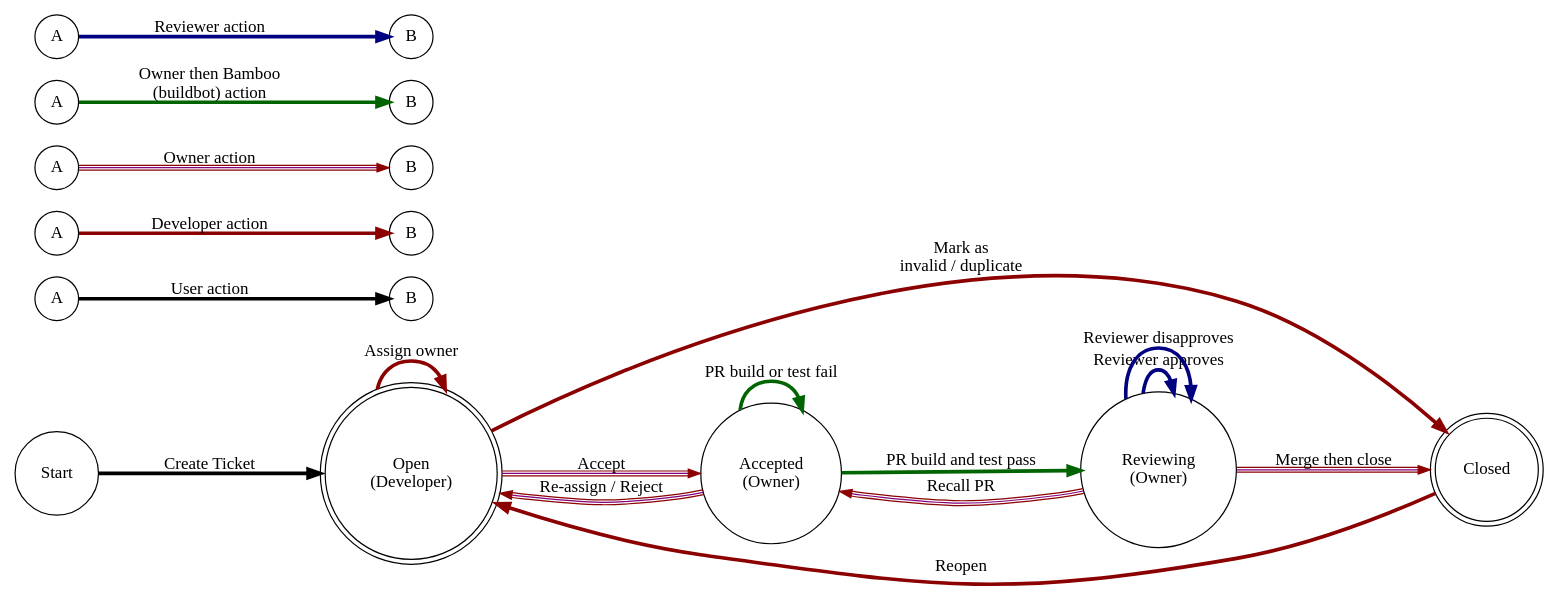
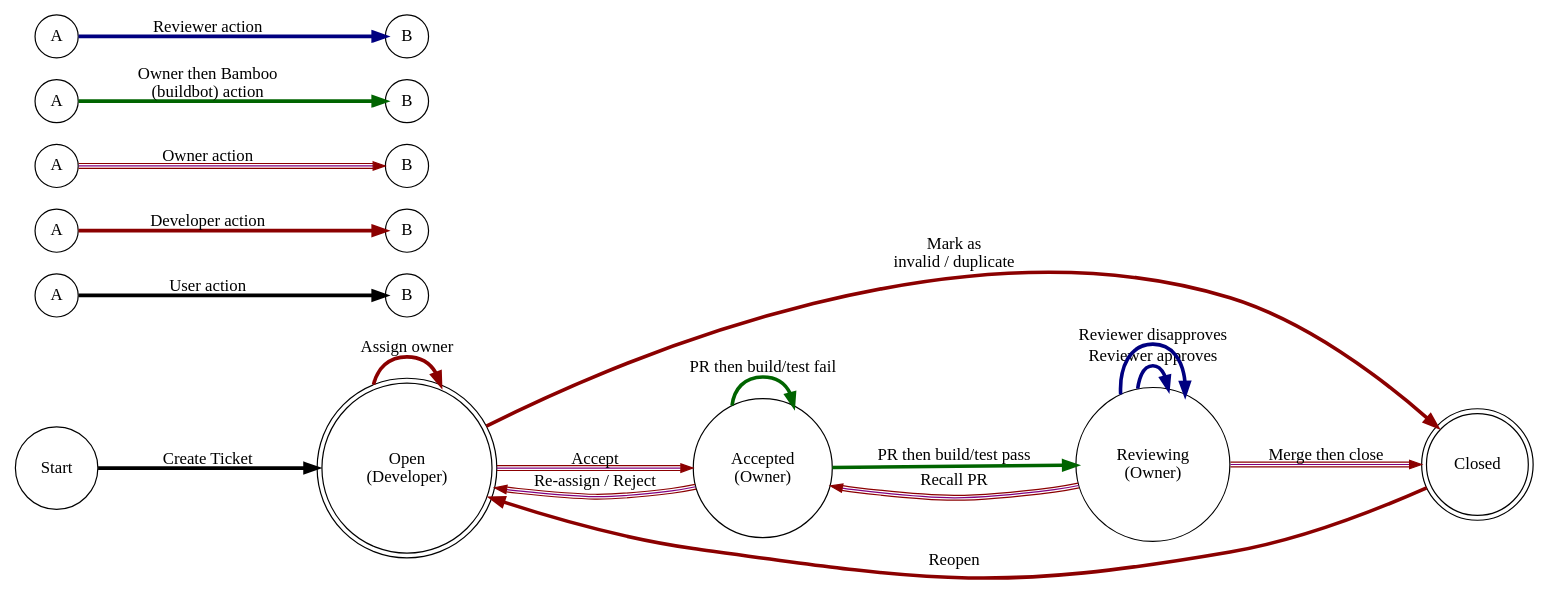
Before and after one commit to kennethho/JIRA-OnDemand-with-self-hosted-Bamboo: the diagram in jira-workflow.dot, drawn with Graphviz. The commit also changed 1 other file, not shown here.

```diff
--- a/jira-workflow.dot
+++ b/jira-workflow.dot
@@ -1,42 +1,42 @@
 digraph jira_workflow {
 	rankdir=LR;
 	size="16,16"
 	node [ shape = doublecircle ]; Open Closed;
 	node [ shape = circle ];
         edge [ penwidth=3.0 ];
         
         Open              [ label = "Open\n(Developer)" ];
         Accepted          [ label = "Accepted\n(Owner)" ];
         Reviewing         [ label = "Reviewing\n(Owner)" ];
         
         Start             -> Open              [ label = "Create Ticket" ];
         Open              -> Open              [ label = "Assign owner" color = "red4" ];
         Open              -> Closed            [ label = "Mark as\ninvalid / duplicate" color = "red4" ];
         Open              -> Accepted          [ label = "Accept" color = "red4:purple:red4" penwidth=1.0 ];
         Accepted          -> Open              [ label = "Re-assign / Reject" color = "red4:purple:red4" penwidth=1.0 ];
-        Accepted          -> Reviewing         [ label = "PR build and test pass" color = "darkgreen" ];
-        Accepted          -> Accepted          [ label = "PR build or test fail" color = "darkgreen" ];
+        Accepted          -> Reviewing         [ label = "PR then build/test pass" color = "darkgreen" ];
+        Accepted          -> Accepted          [ label = "PR then build/test fail" color = "darkgreen" ];
         Reviewing         -> Reviewing         [ label = "Reviewer approves" color = "navy" ];
         Reviewing         -> Reviewing         [ label = "Reviewer disapproves" color = "navy" ];
         Reviewing         -> Closed            [ label = "Merge then close" color = "red4:purple:red4" penwidth=1.0 ];
         Reviewing         -> Accepted          [ label = "Recall PR" color = "red4:purple:red4" penwidth=1.0 ];
         Closed            -> Open              [ label = "Reopen" color = "red4" ];
 
         A0       [ label = "A" ];
         A1       [ label = "A" ];
         A2       [ label = "A" ];
         A3       [ label = "A" ];
         A4       [ label = "A" ];
         
         B0       [ label = "B" ];
         B1       [ label = "B" ];
         B2       [ label = "B" ];
         B3       [ label = "B" ];
         B4       [ label = "B" ];
 
         A0 -> B0 [ label = "User action" ];
         A1 -> B1 [ label = "Developer action" color = "red4" ];
         A2 -> B2 [ label = "Owner action" color = "red4:purple:red4" penwidth=1.0 ];
         A3 -> B3 [ label = "Owner then Bamboo\n(buildbot) action" color = "darkgreen" ];
         A4 -> B4 [ label = "Reviewer action" color = "navy" ];
 }
```
